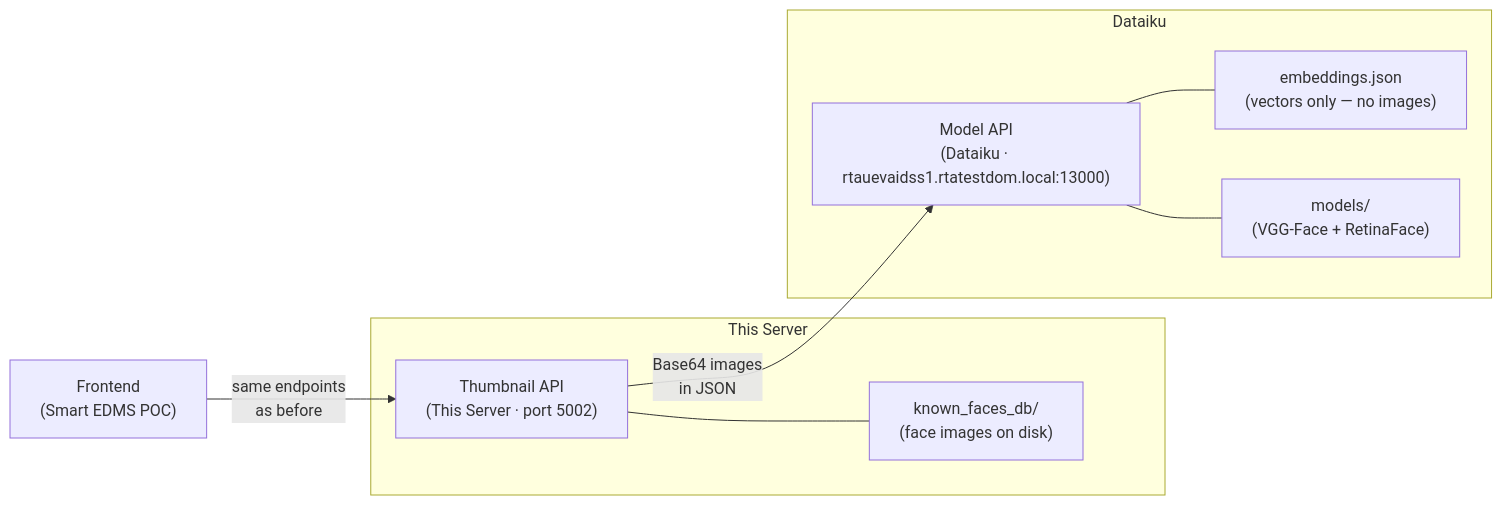
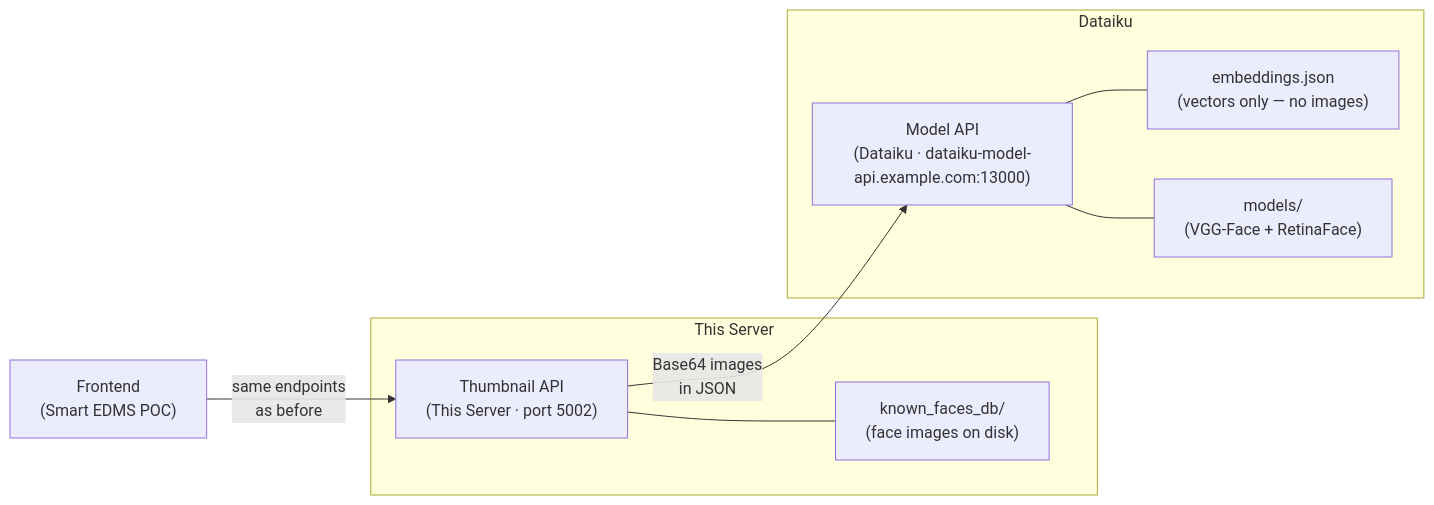
The first of 3 diagrams in ARCHITECTURE.md (Karimk94/Face-Recognition-py), drawn with Mermaid before and after one commit. The commit also changed other lines of this file and 1 other file, not shown here.

Commit message:
docs: anonymize domain names and placeholder names in architecture documentation

````diff
--- a/ARCHITECTURE.md
+++ b/ARCHITECTURE.md
@@ -11,14 +11,14 @@
 ```mermaid
 graph LR
     FE["Frontend<br/>(Smart EDMS POC)"] -->|"same endpoints<br/>as before"| TH["Thumbnail API<br/>(This Server · port 5002)"]
-    TH -->|"Base64 images<br/>in JSON"| DK["Model API<br/>(Dataiku · rtauevaidss1.rtatestdom.local:13000)"]
+    TH -->|"Base64 images<br/>in JSON"| DK["Model API<br/>(Dataiku · dataiku-model-api.example.com:13000)"]
     
     subgraph "This Server"
         TH --- DB["known_faces_db/<br/>(face images on disk)"]
     end
     
     subgraph "Dataiku"
         DK --- EMB["embeddings.json<br/>(vectors only — no images)"]
         DK --- MDL["models/<br/>(VGG-Face + RetinaFace)"]
     end
 ```
````
